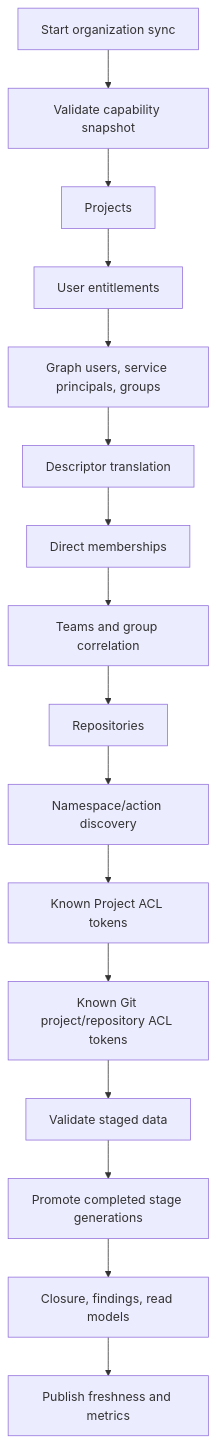
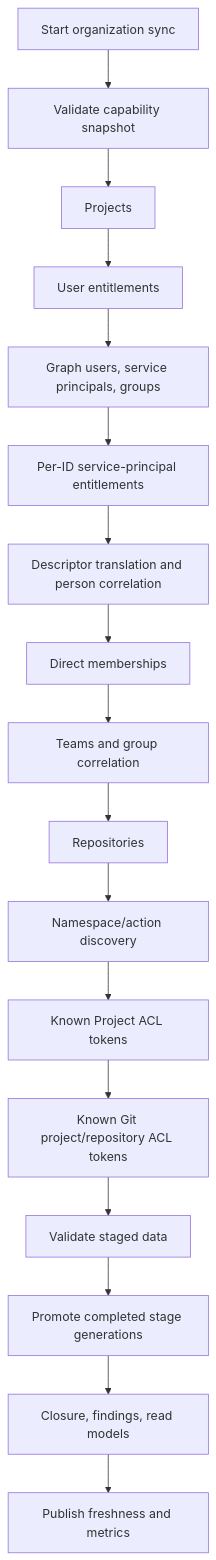
One commit to Funnybeer123/AdoPermissions changed the diagram in docs/SYNC-ENGINE.md. Above: the diagram before and after it, drawn with Mermaid. The commit also changed other lines of this file and 18 other files, not shown here.

````diff
--- a/docs/SYNC-ENGINE.md
+++ b/docs/SYNC-ENGINE.md
@@ -71,18 +78,19 @@
 ```mermaid
 flowchart TD
     START[Start organization sync] --> CAP[Validate capability snapshot]
     CAP --> PROJECTS[Projects]
     PROJECTS --> USERS[User entitlements]
     USERS --> PRINCIPALS[Graph users, service principals, groups]
-    PRINCIPALS --> IDS[Descriptor translation]
+    PRINCIPALS --> SPENT[Per-ID service-principal entitlements]
+    SPENT --> IDS[Descriptor translation and person correlation]
     IDS --> MEMBERS[Direct memberships]
     MEMBERS --> TEAMS[Teams and group correlation]
     TEAMS --> REPOS[Repositories]
     REPOS --> NS[Namespace/action discovery]
     NS --> PACL[Known Project ACL tokens]
     PACL --> GACL[Known Git project/repository ACL tokens]
     GACL --> VALIDATE[Validate staged data]
     VALIDATE --> PROMOTE[Promote completed stage generations]
     PROMOTE --> DERIVE[Closure, findings, read models]
     DERIVE --> DONE[Publish freshness and metrics]
 ```
````
